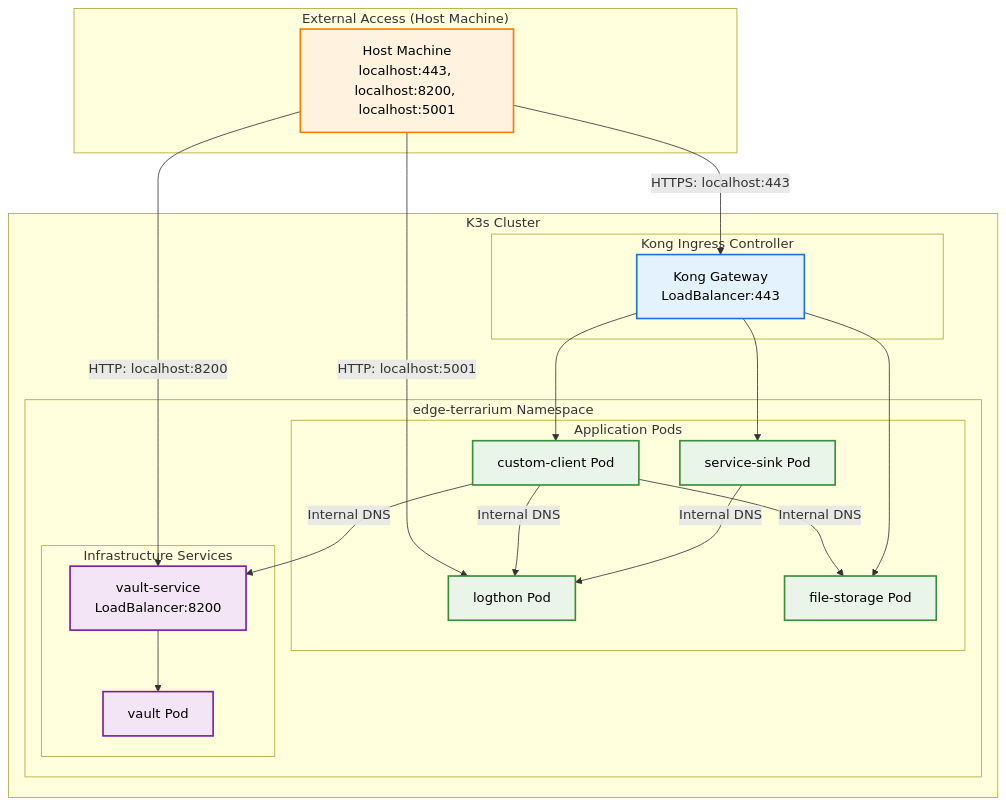
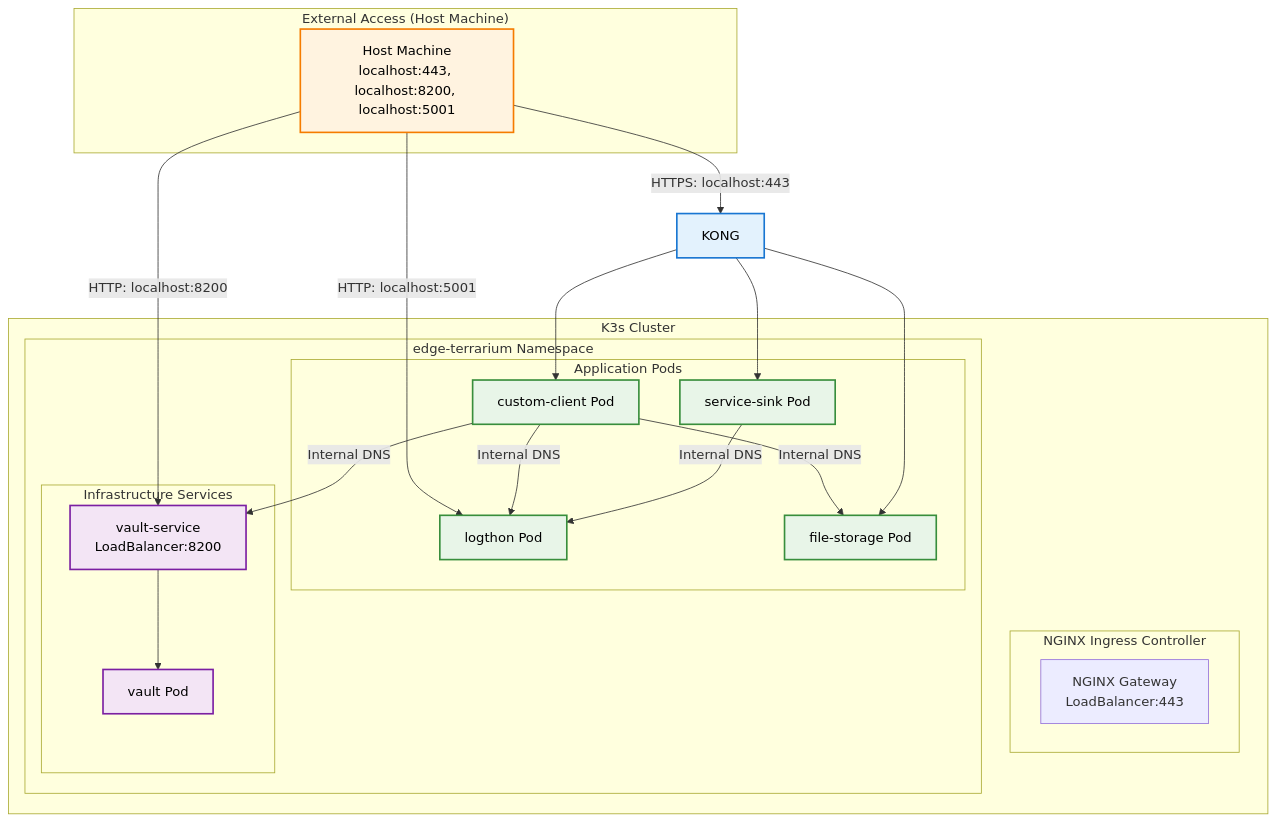
The tenth of 10 diagrams in README.md (aztechead/edge-terrarium), drawn with Mermaid before and after one commit. The commit also changed other lines of this file and 2 other files, not shown here.

````diff
--- a/README.md
+++ b/README.md
@@ -2512,56 +2520,56 @@
 ```mermaid
 %%{init: {'themeVariables': {'darkMode': true}}}%%
 flowchart TD
     subgraph "External Access (Host Machine)"
         HOST[Host Machine<br/>localhost:443, localhost:8200, localhost:5001]
     end
     
     subgraph "K3s Cluster"
-        subgraph "Kong Ingress Controller"
-            KONG[Kong Gateway<br/>LoadBalancer:443]
+        subgraph "NGINX Ingress Controller"
+            NGINX[NGINX Gateway<br/>LoadBalancer:443]
         end
         
         subgraph "edge-terrarium Namespace"
             subgraph "Application Pods"
                 CC[custom-client Pod]
                 SS[service-sink Pod]
                 LT[logthon Pod]
                 FS[file-storage Pod]
             end
             
             subgraph "Infrastructure Services"
                 VS[vault-service<br/>LoadBalancer:8200]
                 VP[vault Pod]
             end
         end
     end
     
     %% External access flows
     HOST --> |"HTTPS: localhost:443"| KONG
     HOST --> |"HTTP: localhost:8200"| VS
     HOST --> |"HTTP: localhost:5001"| LT
     
     %% Internal communication flows
     CC --> |"Internal DNS"| VS
     CC --> |"Internal DNS"| LT
     CC --> |"Internal DNS"| FS
     SS --> |"Internal DNS"| LT
     
     %% Kong routing
     KONG --> CC
     KONG --> SS
     KONG --> FS
     
     %% Vault service routing
     VS --> VP
     
     classDef external fill:#fff3e0,stroke:#f57c00,stroke-width:2px,color:#000
     classDef ingress fill:#e3f2fd,stroke:#1976d2,stroke-width:2px,color:#000
     classDef pod fill:#e8f5e8,stroke:#388e3c,stroke-width:2px,color:#000
     classDef service fill:#f3e5f5,stroke:#7b1fa2,stroke-width:2px,color:#000
     
     class HOST external
     class KONG ingress
     class CC,SS,LT,FS pod
     class VS,VP service
 ```
````
